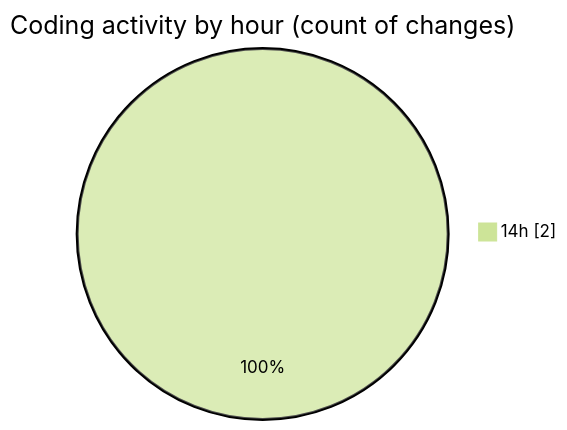
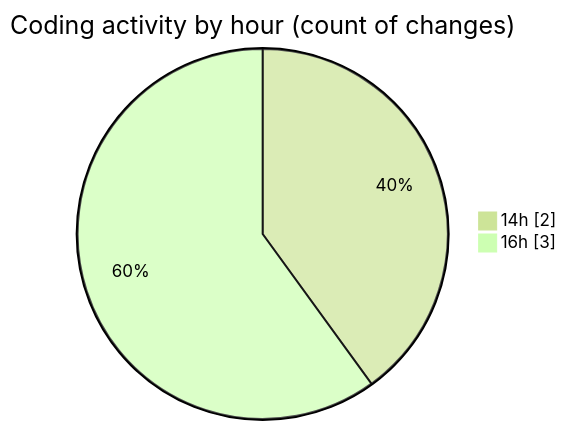
Before and after one commit to igalym/code-tracking: the second of 2 diagrams in 2026-01-05/budget_front_nest/README.md, drawn with Mermaid (forest theme). The commit also changed other lines of this file and 1 other file, not shown here.

````diff
--- a/2026-01-05/budget_front_nest/README.md
+++ b/2026-01-05/budget_front_nest/README.md
@@ -28,5 +32,6 @@
 ```mermaid
 pie showData
 title Coding activity by hour (count of changes)
 "14h" : 2
+"16h" : 3
 ```
````
